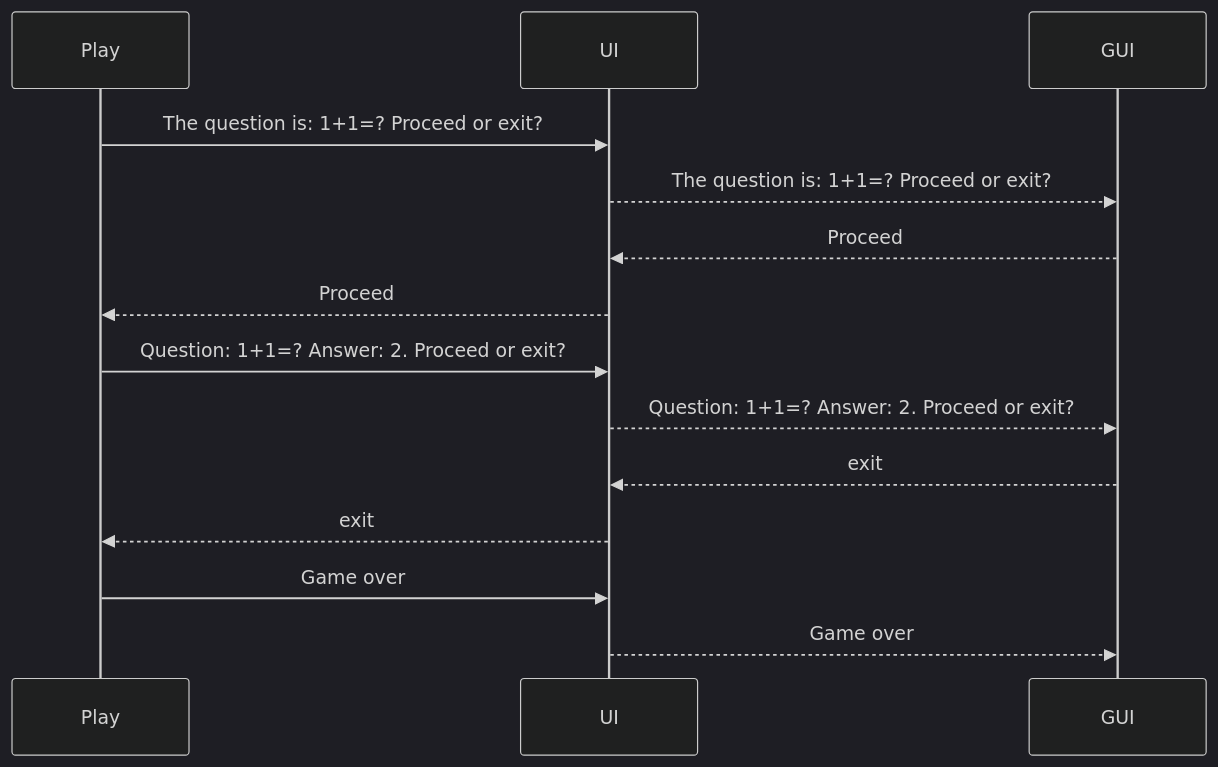
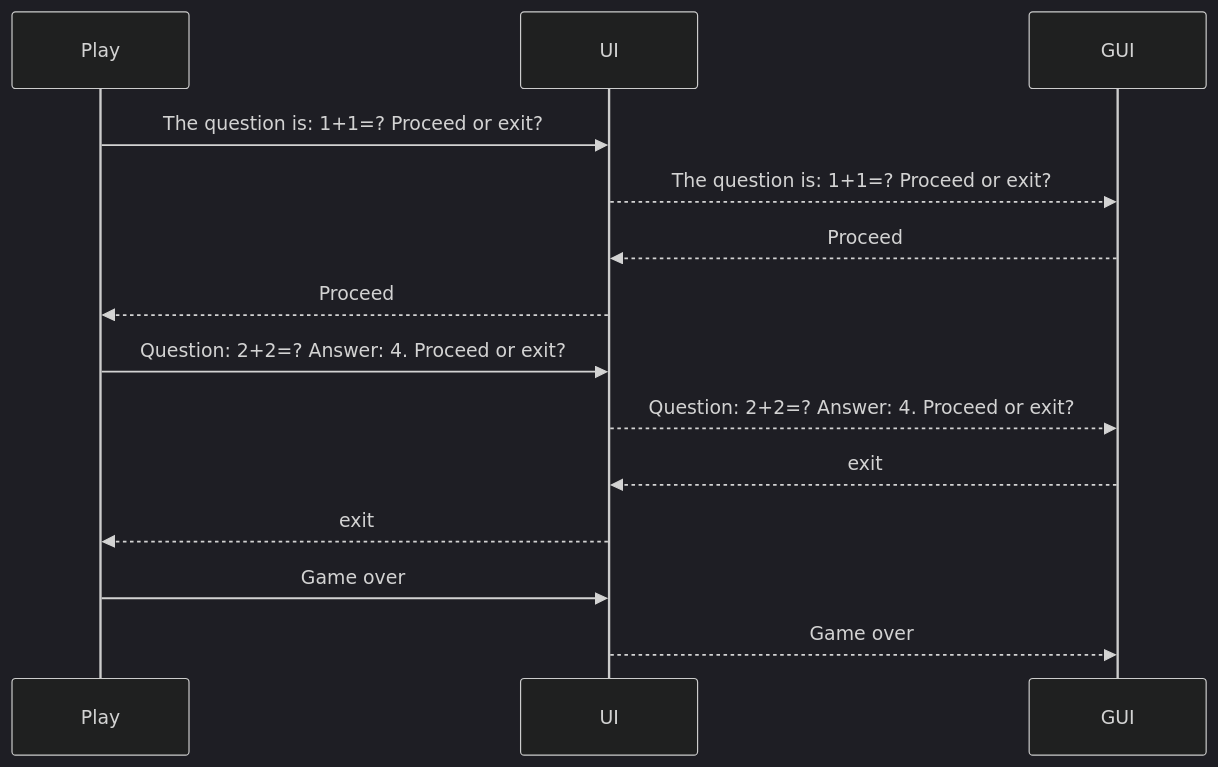
Before and after one commit to platipus82/ot-harjoitustyo: the diagram in dokumentaatio/sequence_diagram.md, drawn with Mermaid (dark theme).

````diff
--- a/dokumentaatio/sequence_diagram.md
+++ b/dokumentaatio/sequence_diagram.md
@@ -1,13 +1,13 @@
 ```mermaid
 sequenceDiagram
     Play->>UI: The question is: 1+1=? Proceed or exit?
     UI-->>GUI: The question is: 1+1=? Proceed or exit?
     GUI-->>UI: Proceed
     UI-->>Play: Proceed
-    Play->>UI: Question: 1+1=? Answer: 2.  Proceed or exit?
-    UI-->>GUI: Question: 1+1=? Answer: 2.  Proceed or exit?
+    Play->>UI: Question: 2+2=? Answer: 4.  Proceed or exit?
+    UI-->>GUI: Question: 2+2=? Answer: 4.  Proceed or exit?
     GUI-->>UI: exit
     UI-->>Play: exit
     Play->>UI: Game over
     UI-->>GUI: Game over
 ```    
````
